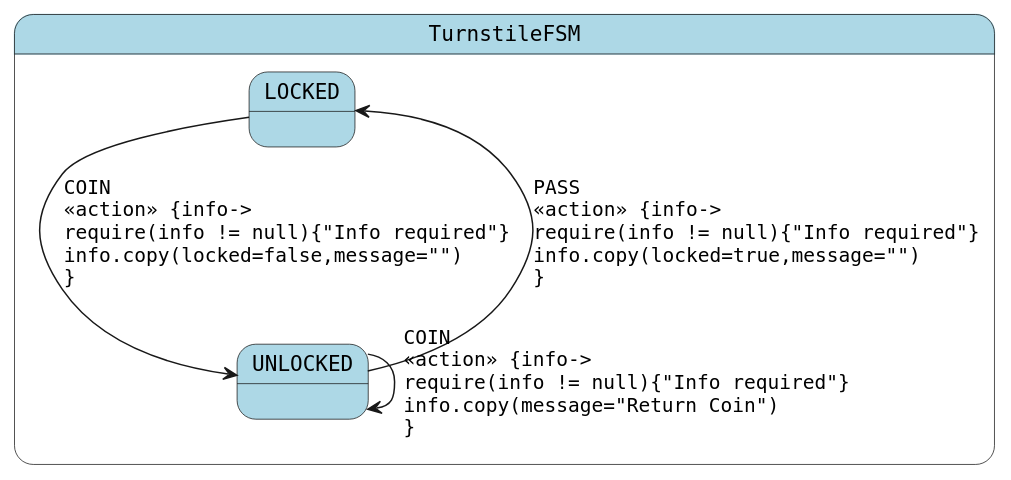
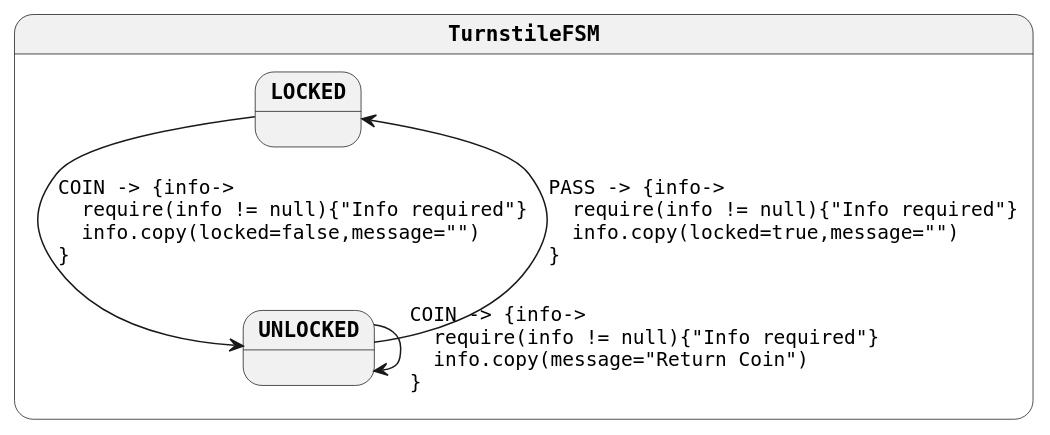
Before and after one commit to open-jumpco/kfsm-viz: the diagram in generated-parsed/turnstile.plantuml, drawn with PlantUML. The commit also changed 12 other files, not shown here.

```diff
--- a/generated-parsed/turnstile.plantuml
+++ b/generated-parsed/turnstile.plantuml
@@ -1,12 +1,15 @@
 @startuml
+skinparam monochrome true
 skinparam StateFontName Helvetica
 skinparam defaultFontName Monospaced
+skinparam defaultFontStyle Bold
 skinparam state {
-    BackgroundColor LightBlue
+    FontColor Black
+    FontStyle Bold
 }
 state TurnstileFSM {
-LOCKED --> UNLOCKED : COIN\l<<action>> {info->\lrequire(info != null){"Info required"}\linfo.copy(locked=false,message="")\l}
-UNLOCKED --> LOCKED : PASS\l<<action>> {info->\lrequire(info != null){"Info required"}\linfo.copy(locked=true,message="")\l}
-UNLOCKED --> UNLOCKED : COIN\l<<action>> {info->\lrequire(info != null){"Info required"}\linfo.copy(message="Return Coin")\l}
+LOCKED --> UNLOCKED : COIN -> {info->\l  require(info != null){"Info required"}\l  info.copy(locked=false,message="")\l}
+UNLOCKED --> LOCKED : PASS -> {info->\l  require(info != null){"Info required"}\l  info.copy(locked=true,message="")\l}
+UNLOCKED --> UNLOCKED : COIN -> {info->\l  require(info != null){"Info required"}\l  info.copy(message="Return Coin")\l}
 }
 @enduml
```
